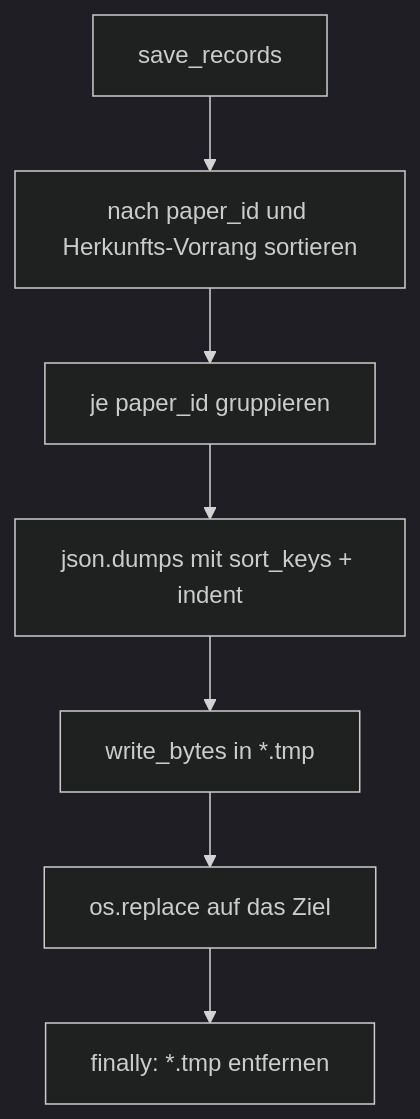
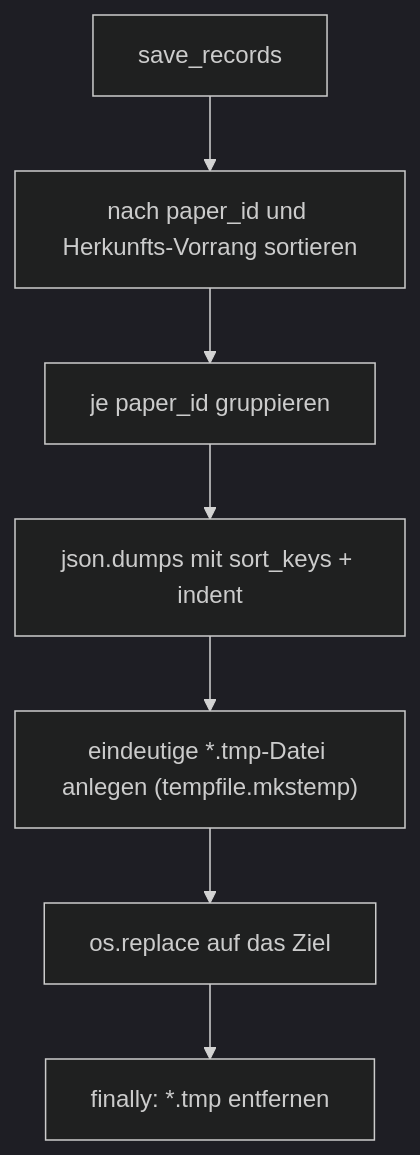
One commit to MomoEngineer/research-graphrag changed the first of 2 diagrams in src/research_graphrag/bibliography/doc/store.md. Above: the diagram before and after it, drawn with Mermaid (dark theme). The commit also changed other lines of this file and 15 other files, not shown here.

````diff
--- a/src/research_graphrag/bibliography/doc/store.md
+++ b/src/research_graphrag/bibliography/doc/store.md
@@ -31,9 +31,9 @@
 ```mermaid
 flowchart TD
     A["save_records"] --> B["nach paper_id und Herkunfts-Vorrang sortieren"]
     B --> C["je paper_id gruppieren"]
     C --> D["json.dumps mit sort_keys + indent"]
-    D --> E["write_bytes in *.tmp"]
+    D --> E["eindeutige *.tmp-Datei anlegen (tempfile.mkstemp)"]
     E --> F["os.replace auf das Ziel"]
     F --> G["finally: *.tmp entfernen"]
 ```
````
